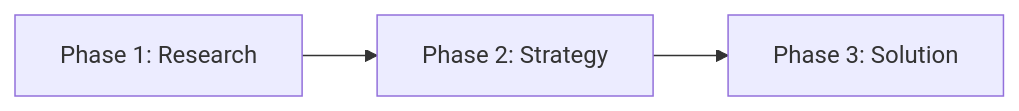
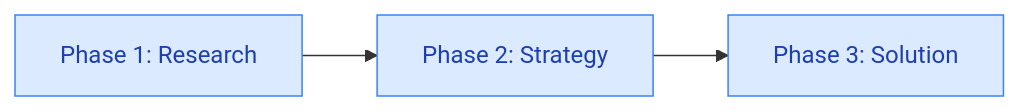
One commit to smileynet/ui-optimizer changed the first of 10 diagrams in docs/reference/diagram-style-guide.md. Above: the diagram before and after it, drawn with Mermaid. The commit also changed other lines of this file and 3 other files, not shown here.

First line of the commit message:
fix: apply classDef styling to all Mermaid nodes

````diff
--- a/docs/reference/diagram-style-guide.md
+++ b/docs/reference/diagram-style-guide.md
@@ -22,5 +22,7 @@
 ```mermaid
 flowchart LR
-    A[Phase 1: Research] --> B[Phase 2: Strategy]
-    B --> C[Phase 3: Solution]
+    classDef phase fill:#DBEAFE,stroke:#3B82F6,color:#1E40AF
+    
+    A[Phase 1: Research]:::phase --> B[Phase 2: Strategy]:::phase
+    B --> C[Phase 3: Solution]:::phase
 ```
````
